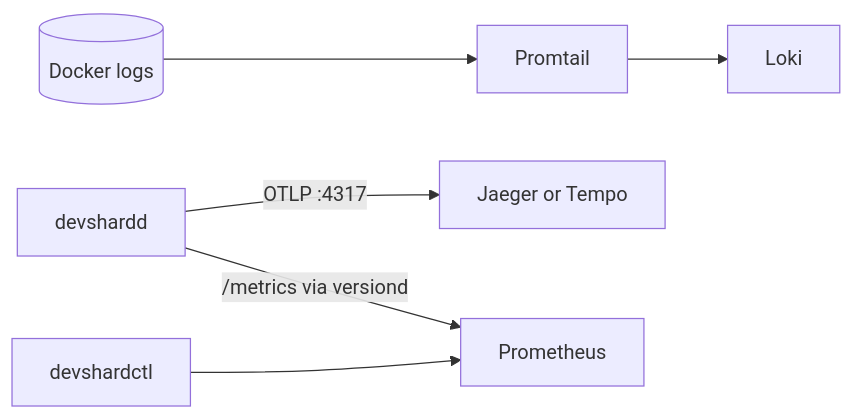
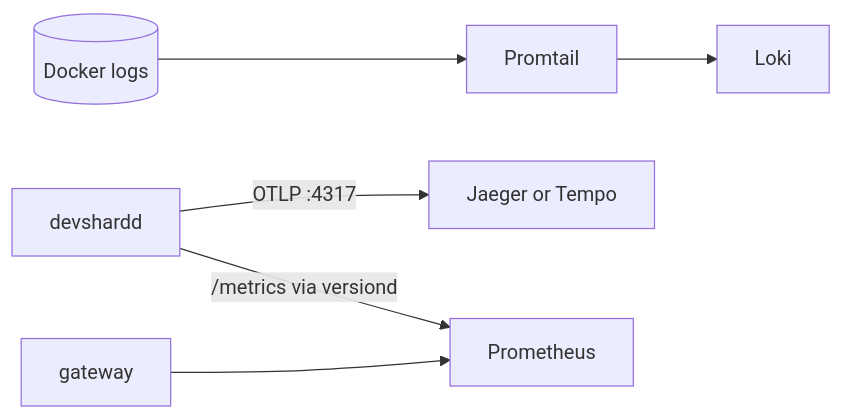
Before and after one commit to gonka-ai/gonka: the first of 2 diagrams in devshard/testenv/docs/observability-plan.md, drawn with Mermaid. The commit also changed other lines of this file and 620 other files, not shown here.

````diff
--- a/devshard/testenv/docs/observability-plan.md
+++ b/devshard/testenv/docs/observability-plan.md
@@ -82,8 +82,8 @@
 ```mermaid
 flowchart LR
   VD[devshardd] -->|OTLP :4317| TB[Jaeger or Tempo]
   PT[Promtail] --> LOKI[Loki]
   DOCKER[(Docker logs)] --> PT
-  CTL[devshardctl] --> PROM[Prometheus]
+  CTL[gateway] --> PROM[Prometheus]
   VD -->|/metrics via versiond| PROM
 ```
````
